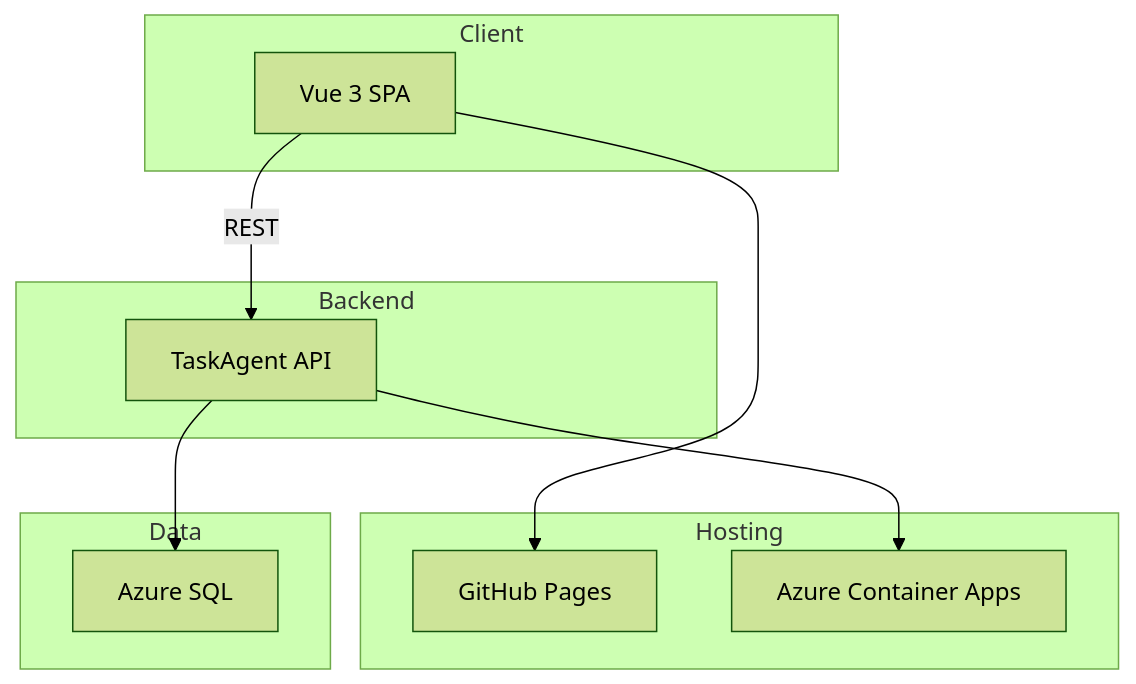
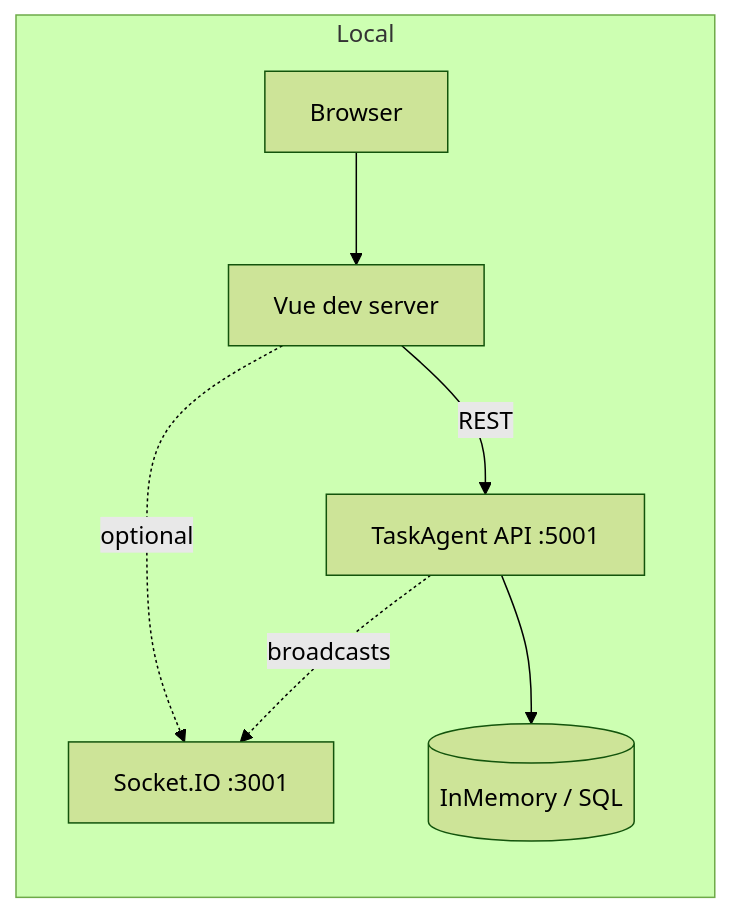
Before and after one commit to shray7/TaskAgent: the diagram in README.md, drawn with Mermaid (forest theme). The commit also changed other lines of this file and 48 other files, not shown here.

````diff
--- a/README.md
+++ b/README.md
@@ -50,24 +39,16 @@
 ```mermaid
-flowchart TB
-    subgraph client [Client]
-        Vue[Vue 3 SPA]
+flowchart LR
+    subgraph local [Local]
+        Browser[Browser]
+        Vue[Vue dev server]
+        API[TaskAgent API :5001]
+        Realtime[Socket.IO :3001]
+        Store[(InMemory / SQL)]
     end
 
-    subgraph hosting [Hosting]
-        Pages[GitHub Pages]
-        ACA[Azure Container Apps]
-    end
-
-    subgraph backend [Backend]
-        API[TaskAgent API]
-    end
-
-    subgraph data [Data]
-        SQL[Azure SQL]
-    end
-
-    Vue --> Pages
+    Browser --> Vue
     Vue -->|REST| API
-    API --> SQL
-    API --> ACA
+    Vue -.->|optional| Realtime
+    API --> Store
+    API -.->|broadcasts| Realtime
 ```
````
